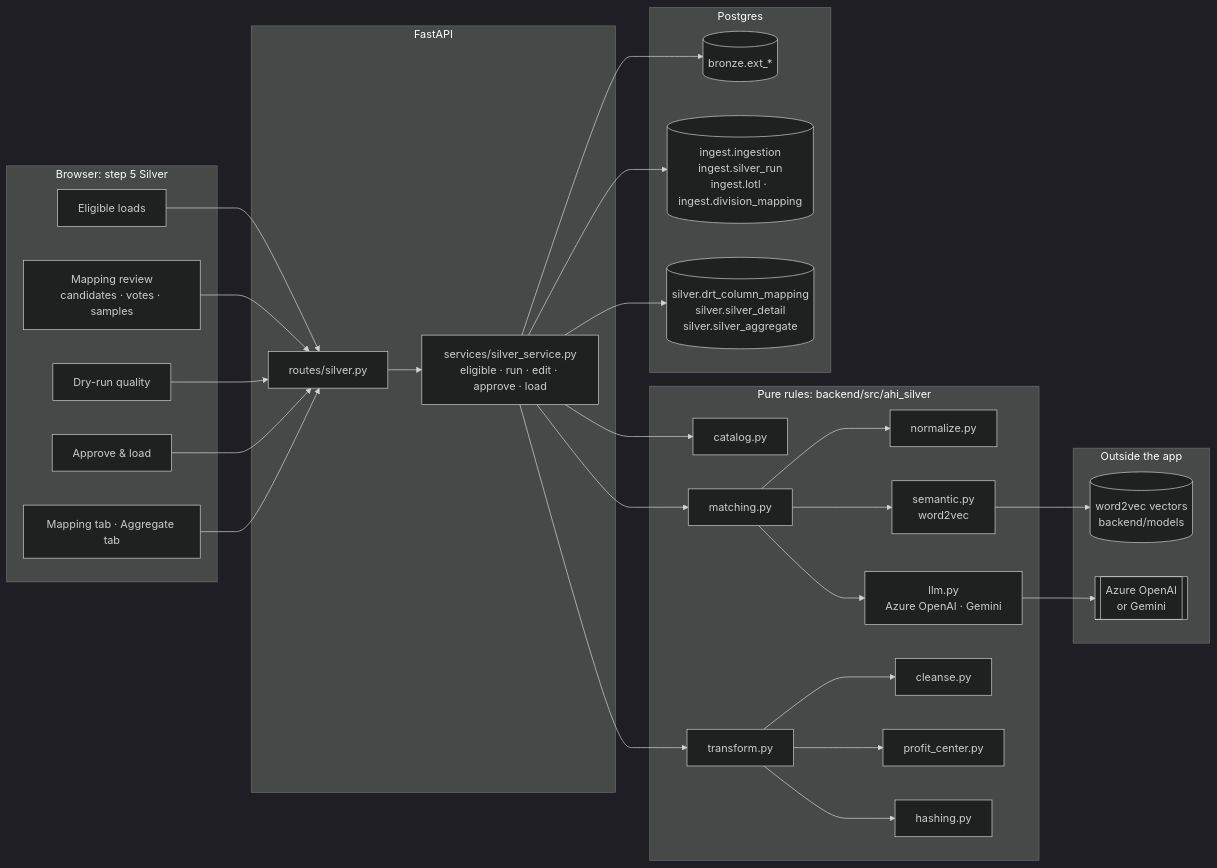
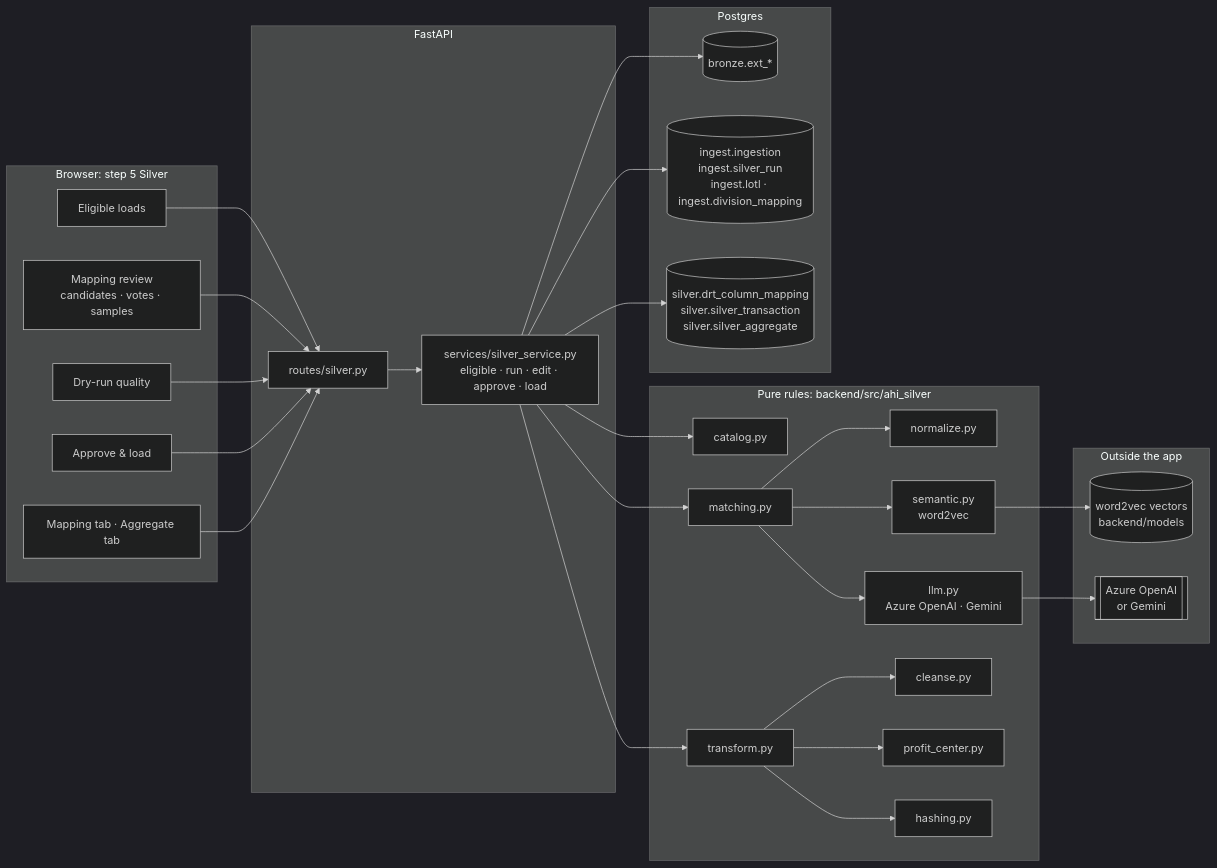
Before and after one commit to rahul-neogi-exavalu/Dirty_excel_cleaner: the first of 2 diagrams in enhancements/BRONZE_TO_SILVER.md, drawn with Mermaid (dark theme). The commit also changed other lines of this file and 42 other files, not shown here.

````diff
--- a/enhancements/BRONZE_TO_SILVER.md
+++ b/enhancements/BRONZE_TO_SILVER.md
@@ -127,41 +127,41 @@
 ```mermaid
 flowchart LR
     subgraph UI["Browser: step 5 Silver"]
         E[Eligible loads]
         M[Mapping review<br/>candidates · votes · samples]
         Q[Dry-run quality]
         A[Approve & load]
         MT[Mapping tab · Aggregate tab]
     end
     subgraph API["FastAPI"]
         R["routes/silver.py"]
         S["services/silver_service.py<br/>eligible · run · edit · approve · load"]
     end
     subgraph Rules["Pure rules: backend/src/ahi_silver"]
         CAT[catalog.py]
         NOR[normalize.py]
         MAT[matching.py]
         SEM[semantic.py<br/>word2vec]
         LLM[llm.py<br/>Azure OpenAI · Gemini]
         CL[cleanse.py]
         PC[profit_center.py]
         H[hashing.py]
         T[transform.py]
     end
     subgraph Ext["Outside the app"]
         W2V[(word2vec vectors<br/>backend/models)]
         GEM[[Azure OpenAI<br/>or Gemini]]
     end
     subgraph PG["Postgres"]
         B[(bronze.ext_*)]
         CTRL[("ingest.ingestion<br/>ingest.silver_run<br/>ingest.lotl · ingest.division_mapping")]
-        SIL[("silver.drt_column_mapping<br/>silver.silver_detail<br/>silver.silver_aggregate")]
+        SIL[("silver.drt_column_mapping<br/>silver.silver_transaction<br/>silver.silver_aggregate")]
     end
     E & M & Q & A & MT --> R --> S
     S --> MAT --> NOR & SEM & LLM
     SEM --> W2V
     LLM --> GEM
     S --> T --> CL & PC & H
     S --> CAT
     S --> B & CTRL & SIL
 ```
````
